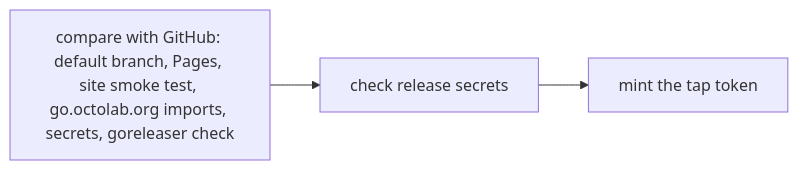
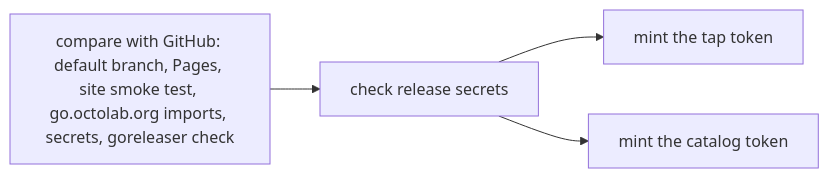
One commit to octopot/indexit changed the sixth of 10 diagrams in .github/workflows/README.md. Above: the diagram before and after it, drawn with Mermaid. The commit also changed other lines of this file and 9 other files, not shown here.

Commit message:
ci(cd): publish the agent skill to octolab/skills on release

````diff
--- a/.github/workflows/README.md
+++ b/.github/workflows/README.md
@@ -147,4 +159,4 @@
 ```mermaid
 flowchart LR
-  doctor[compare with GitHub: default branch, Pages, site smoke test, go.octolab.org imports, secrets, goreleaser check] --> preflight[check release secrets] --> token[mint the tap token]
+  doctor[compare with GitHub: default branch, Pages, site smoke test, go.octolab.org imports, secrets, goreleaser check] --> preflight[check release secrets] --> token[mint the tap token] & catalog[mint the catalog token]
 ```
````
